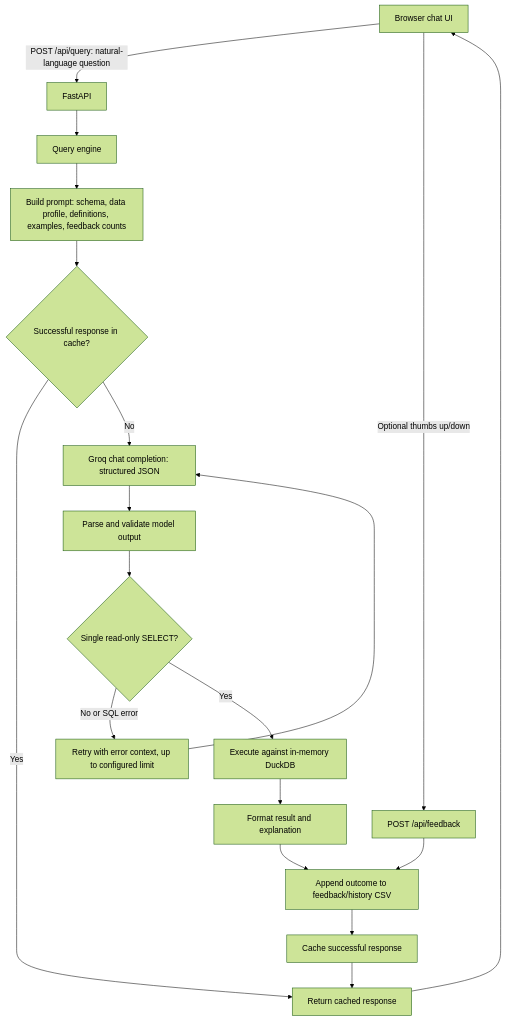
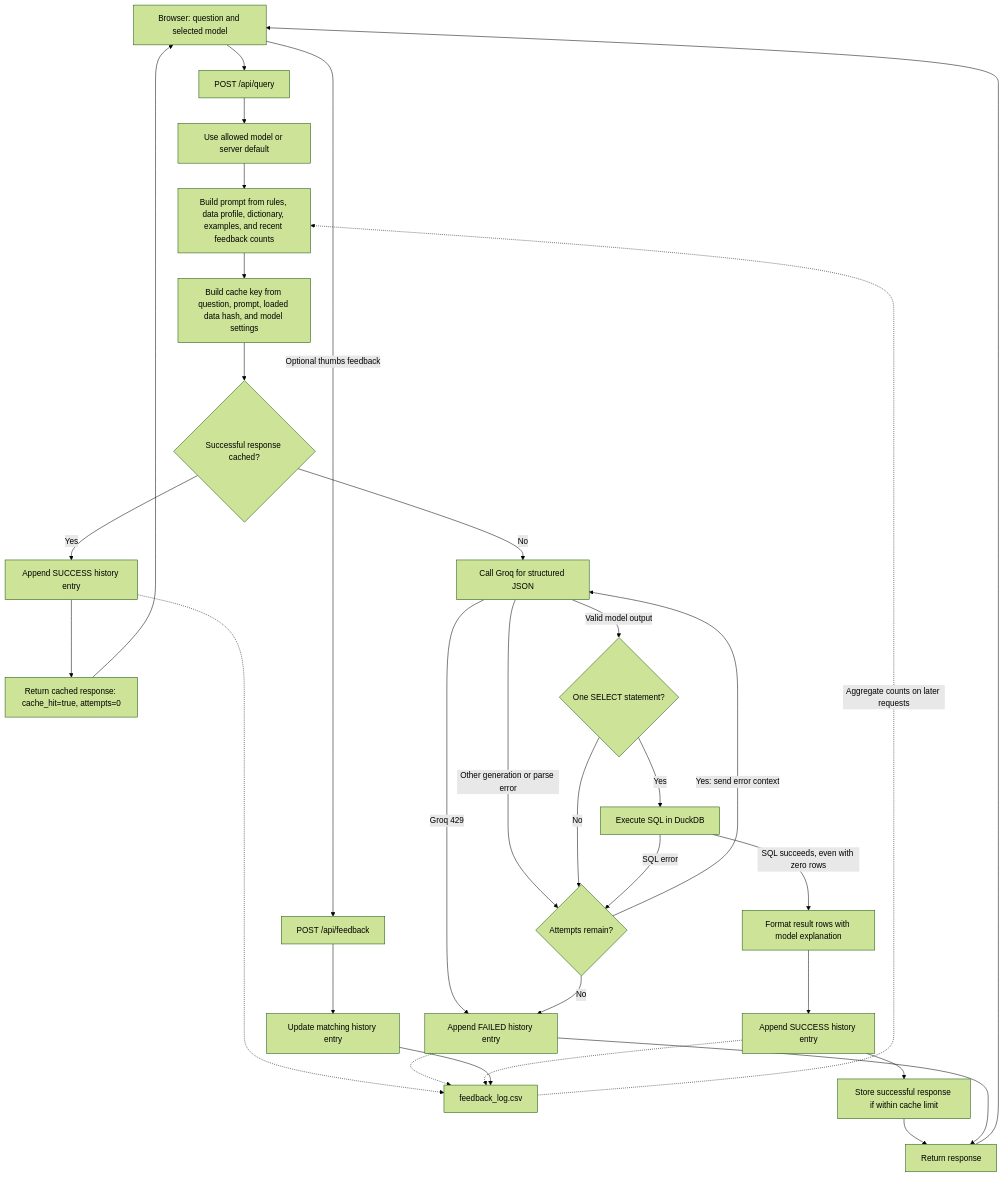
One commit to manyakaistha/nl-analytics-query-engine changed the second of 2 diagrams in README.md. Above: the diagram before and after it, drawn with Mermaid (forest theme). The commit also changed other lines of this file, not shown here.

Commit message:
process-diagram

````diff
--- a/README.md
+++ b/README.md
@@ -140,21 +160,33 @@
 ```mermaid
 flowchart TD
-    U[Browser chat UI] -->|POST /api/query: natural-language question| F[FastAPI]
-    F --> E[Query engine]
-    E --> P[Build prompt: schema, data profile, definitions, examples, feedback counts]
-    P --> C{Successful response in cache?}
-    C -->|Yes| R[Return cached response]
-    C -->|No| G[Groq chat completion: structured JSON]
-    G --> V[Parse and validate model output]
-    V --> S{Single read-only SELECT?}
-    S -->|No or SQL error| X[Retry with error context, up to configured limit]
-    X --> G
-    S -->|Yes| D[Execute against in-memory DuckDB]
-    D --> O[Format result and explanation]
-    O --> L[Append outcome to feedback/history CSV]
-    L --> K[Cache successful response]
-    K --> R
+    U["Browser: question and selected model"] --> A["POST /api/query"]
+    A --> M["Use allowed model or server default"]
+    M --> P["Build prompt from rules, data profile, dictionary, examples, and recent feedback counts"]
+    P --> K["Build cache key from question, prompt, loaded data hash, and model settings"]
+    K --> C{"Successful response cached?"}
+    C -->|Yes| HC["Append SUCCESS history entry"]
+    HC -.-> L
+    HC --> CR["Return cached response: cache_hit=true, attempts=0"]
+    C -->|No| G["Call Groq for structured JSON"]
+    G -->|Valid model output| S{"One SELECT statement?"}
+    G -->|Other generation or parse error| T{"Attempts remain?"}
+    G -->|Groq 429| FL["Append FAILED history entry"]
+    FL -.-> L
+    S -->|No| T
+    S -->|Yes| D["Execute SQL in DuckDB"]
+    D -->|SQL error| T
+    D -->|SQL succeeds, even with zero rows| O["Format result rows with model explanation"]
+    T -->|Yes: send error context| G
+    T -->|No| FL
+    O --> SL["Append SUCCESS history entry"]
+    SL -.-> L
+    SL --> ST["Store successful response if within cache limit"]
+    ST --> R["Return response"]
+    FL --> R
+    CR --> U
     R --> U
-    U -->|Optional thumbs up/down| H[POST /api/feedback]
-    H --> L
+    U -->|Optional thumbs feedback| FB["POST /api/feedback"]
+    FB --> UP["Update matching history entry"]
+    UP --> L["feedback_log.csv"]
+    L -.->|Aggregate counts on later requests| P
 ```
````
